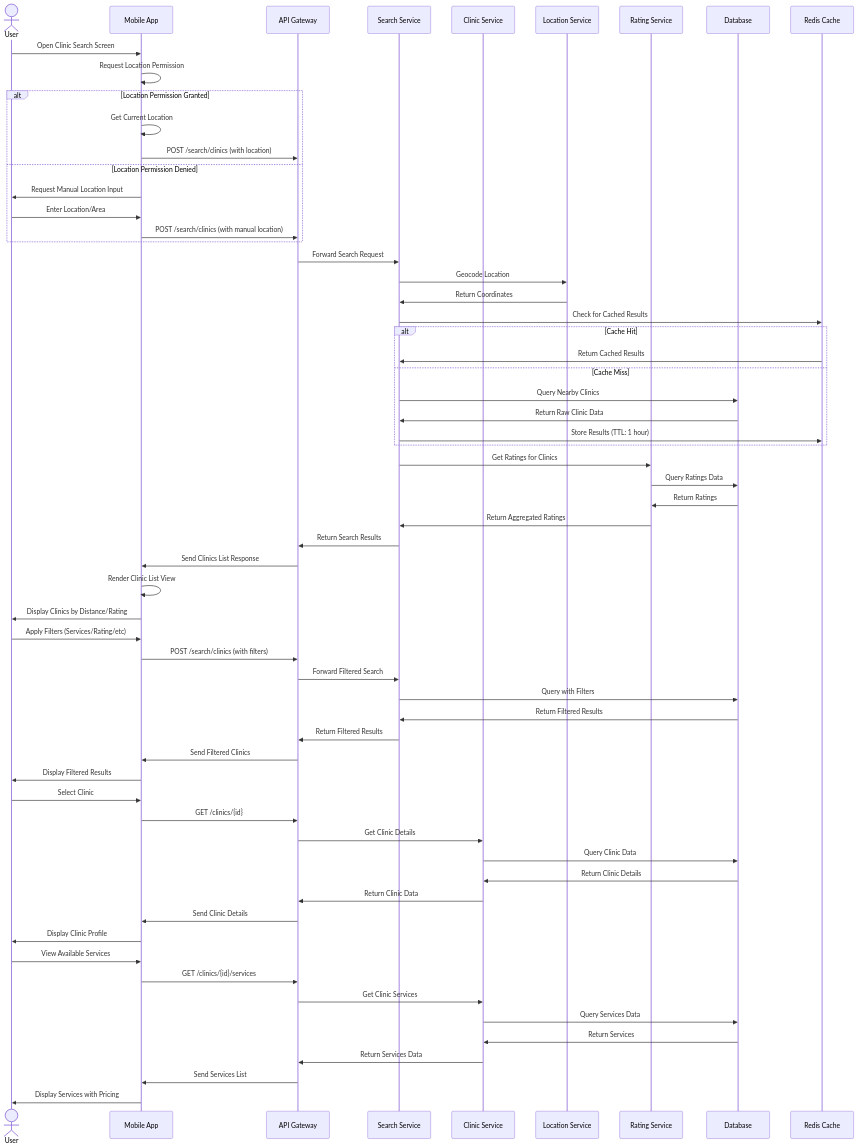
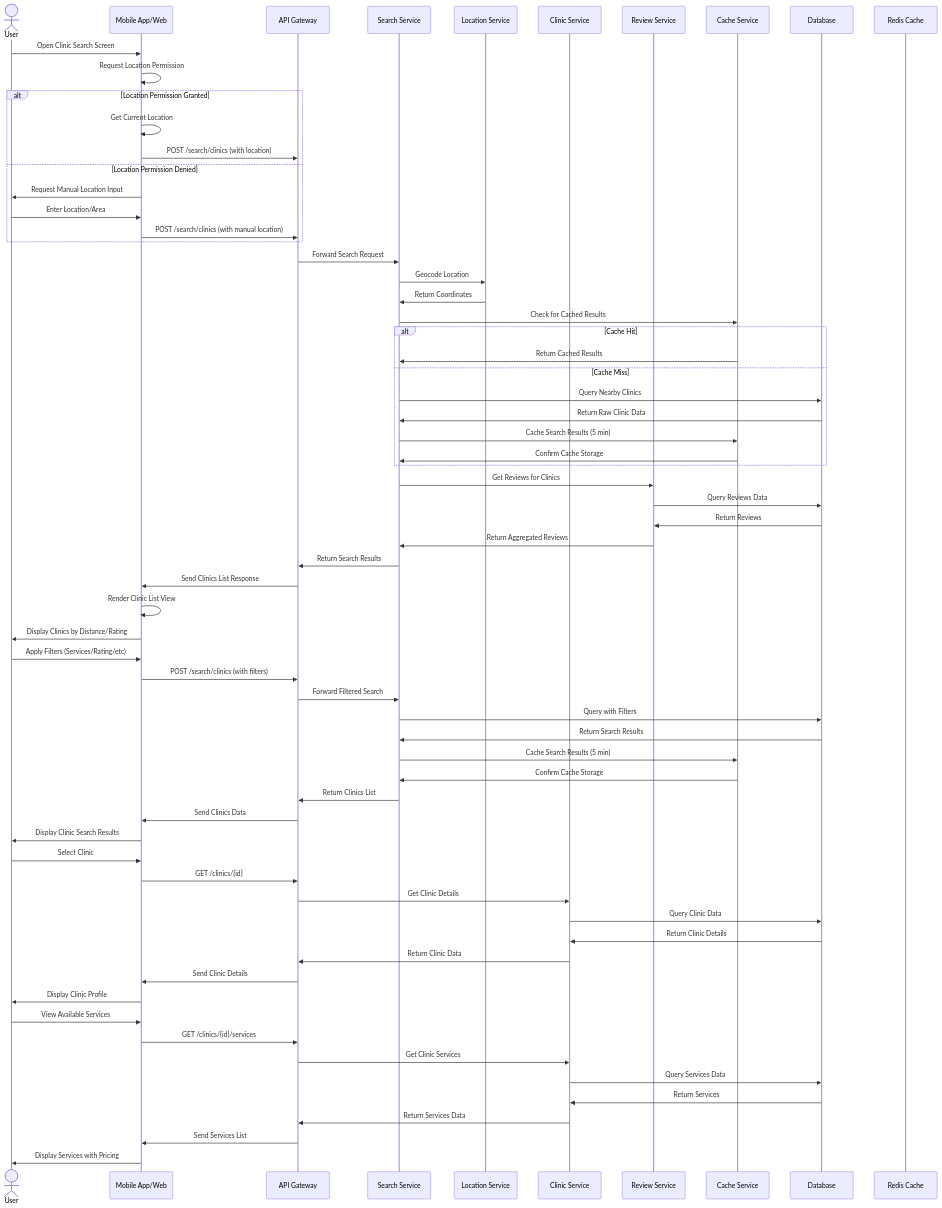
One commit to winsitoruser/Petpro changed the first of 4 diagrams in docs/architecture/detailed-sequence-diagrams/clinic-search-booking-flow.md. Above: the diagram before and after it, drawn with Mermaid. The commit also changed other lines of this file and 3 other files, not shown here.

Commit message:
Enhance sequence diagrams with advanced features and detailed flows

````diff
--- a/docs/architecture/detailed-sequence-diagrams/clinic-search-booking-flow.md
+++ b/docs/architecture/detailed-sequence-diagrams/clinic-search-booking-flow.md
@@ -8,12 +8,13 @@
 ```mermaid
 sequenceDiagram
     actor User
-    participant MobileApp as Mobile App
+    participant MobileApp as Mobile App/Web
     participant APIGateway as API Gateway
     participant SearchService as Search Service
+    participant LocationService as Location Service
     participant ClinicService as Clinic Service
-    participant LocationService as Location Service
-    participant RatingService as Rating Service
+    participant ReviewService as Review Service
+    participant CacheService as Cache Service
     participant DB as Database
     participant Cache as Redis Cache
 
@@ -34,20 +35,21 @@
     SearchService->>LocationService: Geocode Location
     LocationService->>SearchService: Return Coordinates
     
-    SearchService->>Cache: Check for Cached Results
+    SearchService->>CacheService: Check for Cached Results
     
     alt Cache Hit
-        Cache->>SearchService: Return Cached Results
+        CacheService->>SearchService: Return Cached Results
     else Cache Miss
         SearchService->>DB: Query Nearby Clinics
         DB->>SearchService: Return Raw Clinic Data
-        SearchService->>Cache: Store Results (TTL: 1 hour)
+        SearchService->>CacheService: Cache Search Results (5 min)
+        CacheService->>SearchService: Confirm Cache Storage
     end
     
-    SearchService->>RatingService: Get Ratings for Clinics
-    RatingService->>DB: Query Ratings Data
-    DB->>RatingService: Return Ratings
-    RatingService->>SearchService: Return Aggregated Ratings
+    SearchService->>ReviewService: Get Reviews for Clinics
+    ReviewService->>DB: Query Reviews Data
+    DB->>ReviewService: Return Reviews
+    ReviewService->>SearchService: Return Aggregated Reviews
     
     SearchService->>APIGateway: Return Search Results
     APIGateway->>MobileApp: Send Clinics List Response
@@ -59,10 +61,12 @@
     MobileApp->>APIGateway: POST /search/clinics (with filters)
     APIGateway->>SearchService: Forward Filtered Search
     SearchService->>DB: Query with Filters
-    DB->>SearchService: Return Filtered Results
-    SearchService->>APIGateway: Return Filtered Results
-    APIGateway->>MobileApp: Send Filtered Clinics
-    MobileApp->>User: Display Filtered Results
+    DB->>SearchService: Return Search Results
+    SearchService->>CacheService: Cache Search Results (5 min)
+    CacheService->>SearchService: Confirm Cache Storage
+    SearchService->>APIGateway: Return Clinics List
+    APIGateway->>MobileApp: Send Clinics Data
+    MobileApp->>User: Display Clinic Search Results
     
     %% Clinic Detail View
     User->>MobileApp: Select Clinic
````
